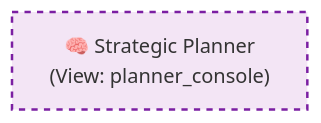
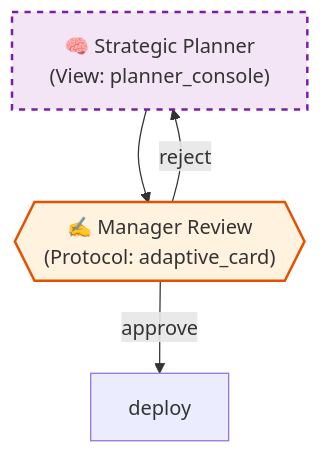
Before and after one commit to CoReason-AI/coreason-manifest: the diagram in docs/visualization.md, drawn with Mermaid. The commit also changed other lines of this file and 2 other files, not shown here.

First line of the commit message:
Synchronize documentation with Shared Agency and Human Routing changes

````diff
--- a/docs/visualization.md
+++ b/docs/visualization.md
@@ -88,5 +98,12 @@
 ```mermaid
 graph TD
 classDef magentic fill:#f3e5f5,stroke:#7b1fa2,stroke-width:2px,stroke-dasharray: 5 5;
+classDef human fill:#fff3e0,stroke:#e65100,stroke-width:2px;
+
 planner_node["🧠 Strategic Planner<br/>(View: planner_console)"]:::magentic
+human_check{{"✍️ Manager Review<br/>(Protocol: adaptive_card)"}}:::human
+
+planner_node --> human_check
+human_check -- "approve" --> deploy
+human_check -- "reject" --> planner_node
 ```
````
